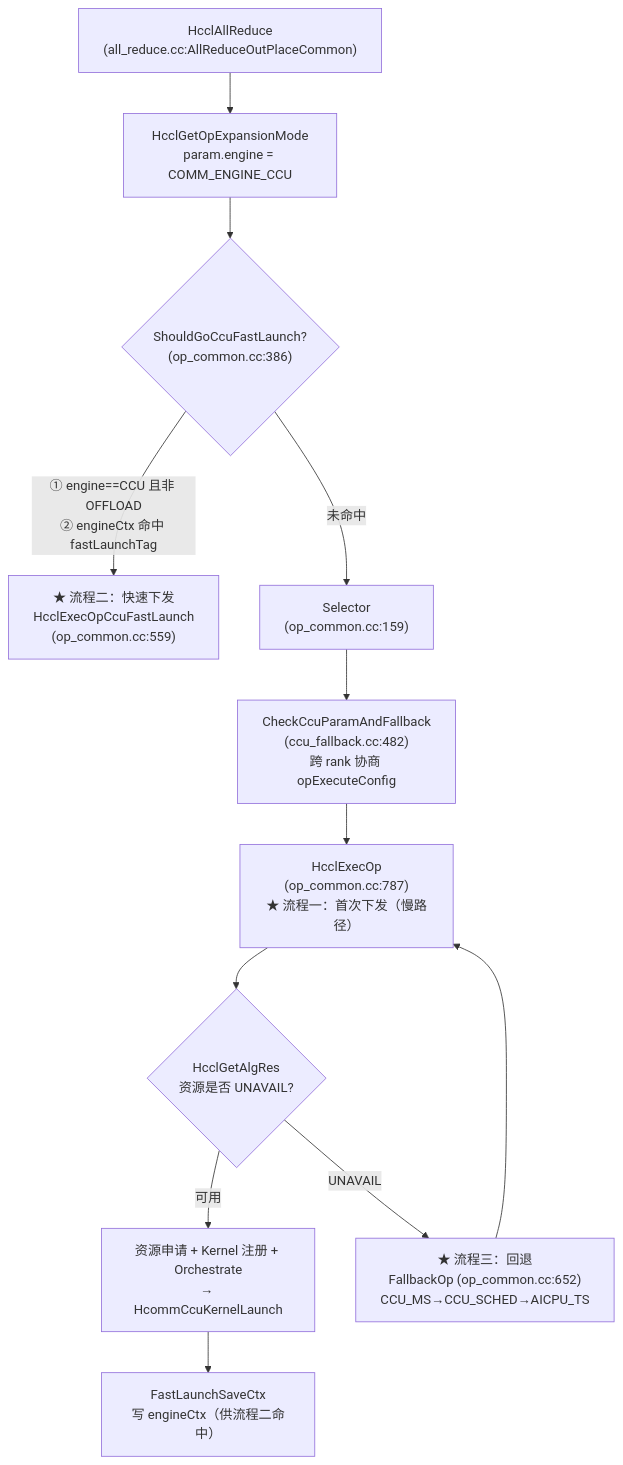
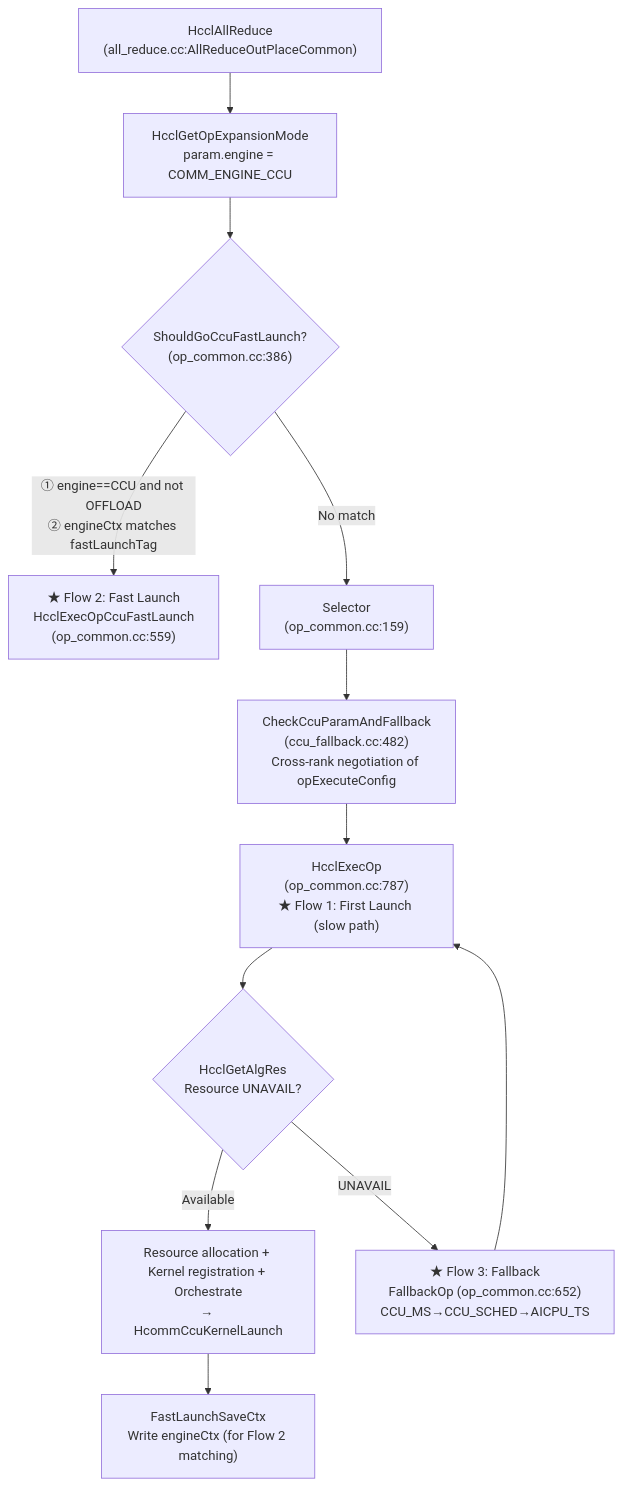
One commit to Atlas-Ascend-Fork/hcomm changed the first of 4 diagrams in test/hccl_vm/ccu_northbound_call_sequence_en.md. Above: the diagram before and after it, drawn with Mermaid. The commit also changed other lines of this file and 73 other files, not shown here.

````diff
--- a/test/hccl_vm/ccu_northbound_call_sequence_en.md
+++ b/test/hccl_vm/ccu_northbound_call_sequence_en.md
@@ -15,14 +15,14 @@
 ```mermaid
 flowchart TD
     A["HcclAllReduce<br/>(all_reduce.cc:AllReduceOutPlaceCommon)"] --> B["HcclGetOpExpansionMode<br/>param.engine = COMM_ENGINE_CCU"]
     B --> C{"ShouldGoCcuFastLaunch?<br/>(op_common.cc:386)"}
-    C -->|"① engine==CCU 且非 OFFLOAD<br/>② engineCtx 命中 fastLaunchTag"| FAST["★ 流程二：快速下发<br/>HcclExecOpCcuFastLaunch<br/>(op_common.cc:559)"]
-    C -->|"未命中"| SEL["Selector<br/>(op_common.cc:159)"]
-    SEL --> SEL2["CheckCcuParamAndFallback<br/>(ccu_fallback.cc:482)<br/>跨 rank 协商 opExecuteConfig"]
-    SEL2 --> EXEC["HcclExecOp<br/>(op_common.cc:787)<br/>★ 流程一：首次下发（慢路径）"]
-    EXEC --> RES{"HcclGetAlgRes<br/>资源是否 UNAVAIL?"}
-    RES -->|"可用"| REG["资源申请 + Kernel 注册 + Orchestrate<br/>→ HcommCcuKernelLaunch"]
-    RES -->|"UNAVAIL"| FB["★ 流程三：回退<br/>FallbackOp (op_common.cc:652)<br/>CCU_MS→CCU_SCHED→AICPU_TS"]
+    C -->|"① engine==CCU and not OFFLOAD<br/>② engineCtx matches fastLaunchTag"| FAST["★ Flow 2: Fast Launch<br/>HcclExecOpCcuFastLaunch<br/>(op_common.cc:559)"]
+    C -->|"No match"| SEL["Selector<br/>(op_common.cc:159)"]
+    SEL --> SEL2["CheckCcuParamAndFallback<br/>(ccu_fallback.cc:482)<br/>Cross-rank negotiation of opExecuteConfig"]
+    SEL2 --> EXEC["HcclExecOp<br/>(op_common.cc:787)<br/>★ Flow 1: First Launch (slow path)"]
+    EXEC --> RES{"HcclGetAlgRes<br/>Resource UNAVAIL?"}
+    RES -->|"Available"| REG["Resource allocation + Kernel registration + Orchestrate<br/>→ HcommCcuKernelLaunch"]
+    RES -->|"UNAVAIL"| FB["★ Flow 3: Fallback<br/>FallbackOp (op_common.cc:652)<br/>CCU_MS→CCU_SCHED→AICPU_TS"]
     FB --> EXEC
-    REG --> SAVE["FastLaunchSaveCtx<br/>写 engineCtx（供流程二命中）"]
+    REG --> SAVE["FastLaunchSaveCtx<br/>Write engineCtx (for Flow 2 matching)"]
 ```
````
